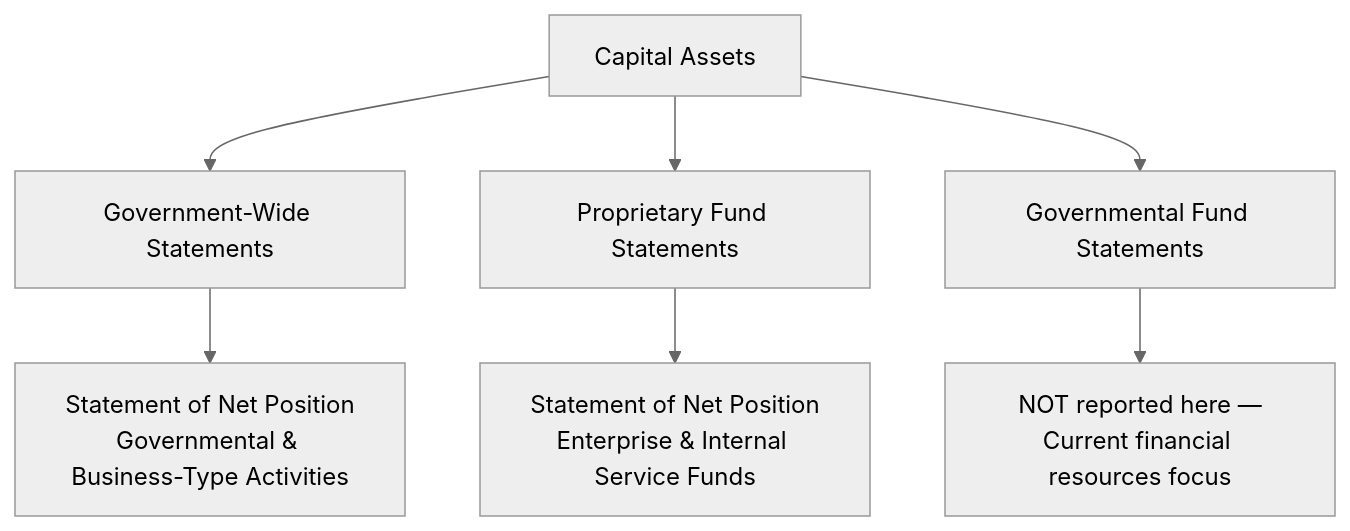
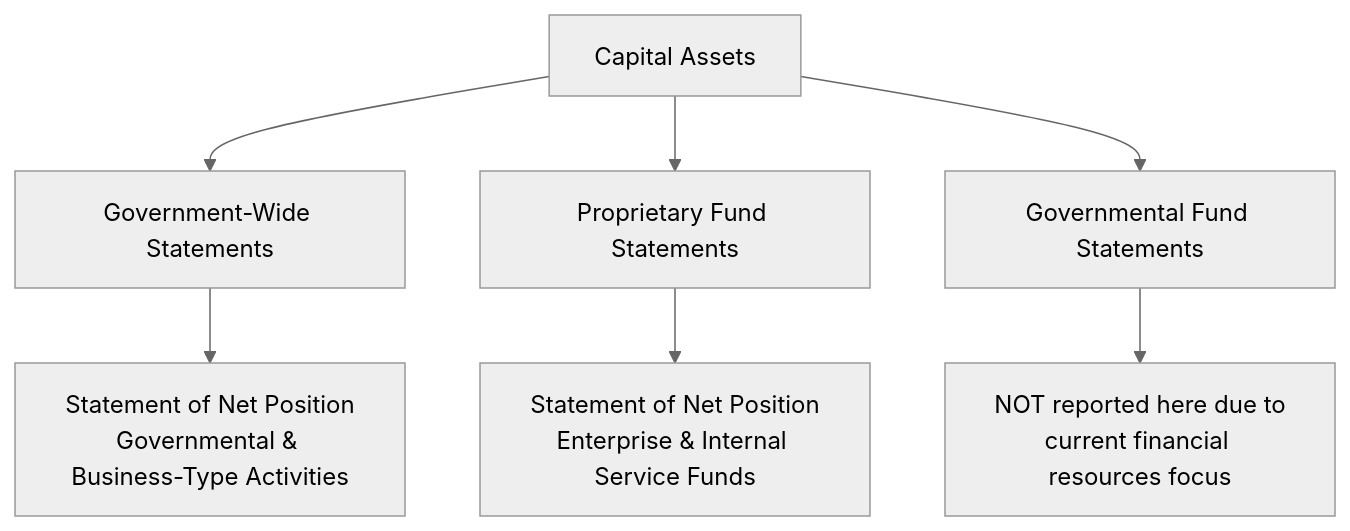
Before and after one commit to subwaymatch/cpabear-book: the diagram in docs/bar/governmental-transactions-and-items/capital-assets-and-infrastructure.md, drawn with Mermaid (neutral theme). The commit also changed other lines of this file and 222 other files, not shown here.

````diff
--- a/docs/bar/governmental-transactions-and-items/capital-assets-and-infrastructure.md
+++ b/docs/bar/governmental-transactions-and-items/capital-assets-and-infrastructure.md
@@ -41,9 +41,9 @@
 ```mermaid
 flowchart TD
     A[Capital Assets] --> B[Government-Wide Statements]
     A --> C[Proprietary Fund Statements]
     A --> D[Governmental Fund Statements]
     B --> E[Statement of Net Position<br/>Governmental & Business-Type Activities]
     C --> F[Statement of Net Position<br/>Enterprise & Internal Service Funds]
-    D --> G[NOT reported here —<br/>Current financial resources focus]
+    D --> G[NOT reported here due to<br/>current financial resources focus]
 ```
````
